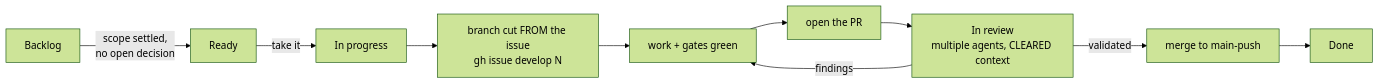
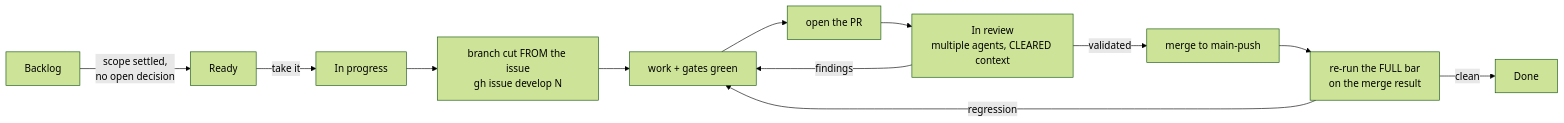
One commit to kebag-logic/milan-fpga changed the diagram in CONTRIBUTING.md. Above: the diagram before and after it, drawn with Mermaid (forest theme). The commit also changed other lines of this file, not shown here.

Commit message:
A merge is a change nobody wrote and nobody reviewed: re-run the whole verification bar on the merge RESULT, because two lanes adding the same six pins produced duplicate connections that git reported as no conflict

````diff
--- a/CONTRIBUTING.md
+++ b/CONTRIBUTING.md
@@ -41,12 +41,14 @@
 ```mermaid
 flowchart LR
     B[Backlog] -->|scope settled,<br/>no open decision| R[Ready]
     R -->|take it| P[In progress]
     P --> BR[branch cut FROM the issue<br/>gh issue develop N]
     BR --> W[work + gates green]
     W --> PR[open the PR]
     PR --> RV[In review<br/>multiple agents, CLEARED context]
     RV -->|findings| W
     RV -->|validated| M[merge to main-push]
-    M --> D[Done]
+    M --> G[re-run the FULL bar<br/>on the merge result]
+    G -->|regression| W
+    G -->|clean| D[Done]
 ```
````
